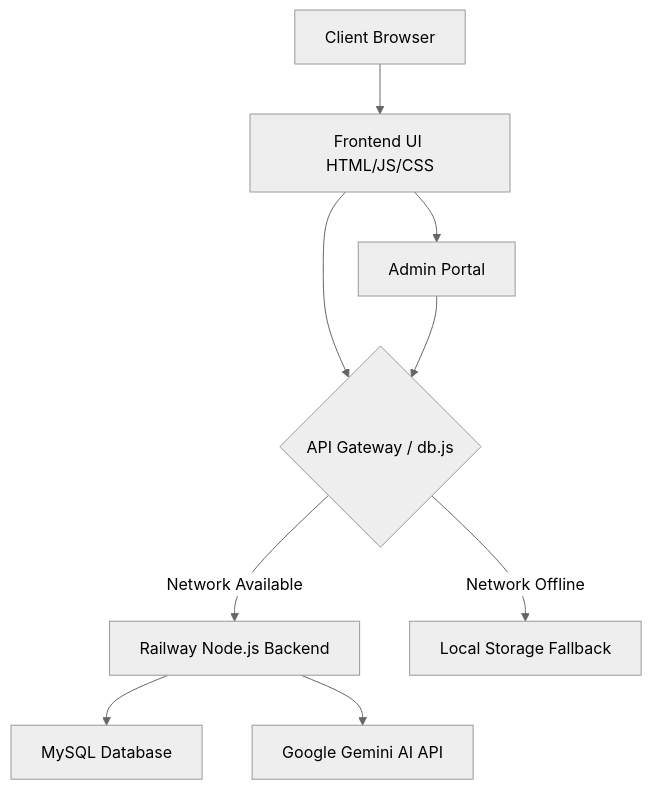
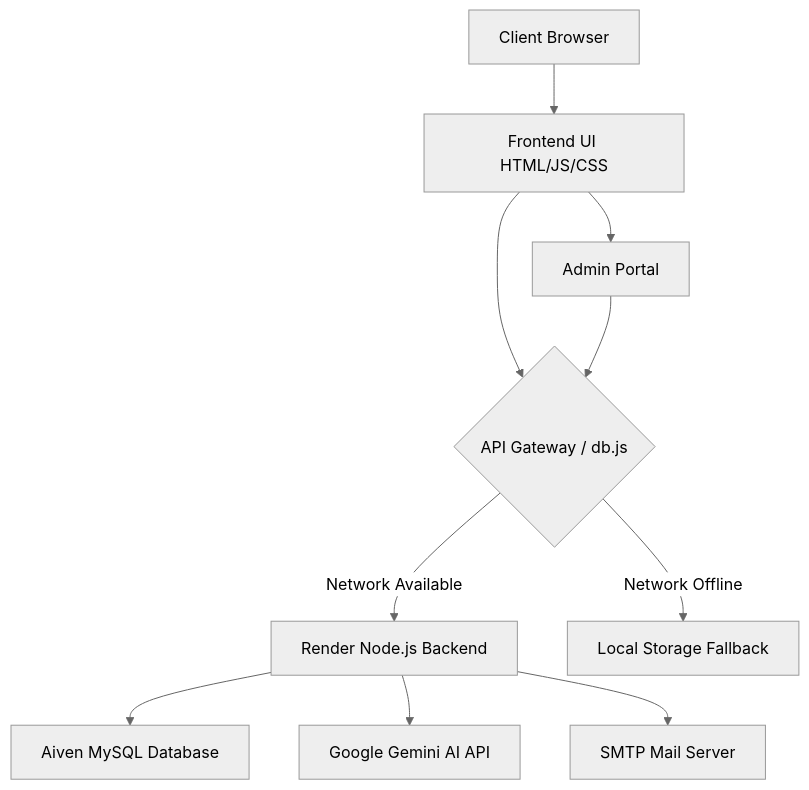
Before and after one commit to vyasdhruv503-cell/dynamic-roshani: the first of 2 diagrams in Roshani_Report.md, drawn with Mermaid (neutral theme). The commit also changed other lines of this file, not shown here.

Commit message:
Add password reset sequence diagram to report

````diff
--- a/Roshani_Report.md
+++ b/Roshani_Report.md
@@ -7,11 +9,12 @@
 ```mermaid
 graph TD
     A[Client Browser] --> B[Frontend UI HTML/JS/CSS]
     B --> C{API Gateway / db.js}
-    C -->|Network Available| D[Railway Node.js Backend]
+    C -->|Network Available| D[Render Node.js Backend]
     C -->|Network Offline| E[Local Storage Fallback]
-    D --> F[MySQL Database]
+    D --> F[Aiven MySQL Database]
     D --> G[Google Gemini AI API]
+    D --> I[SMTP Mail Server]
     B --> H[Admin Portal]
     H --> C
 ```
````
